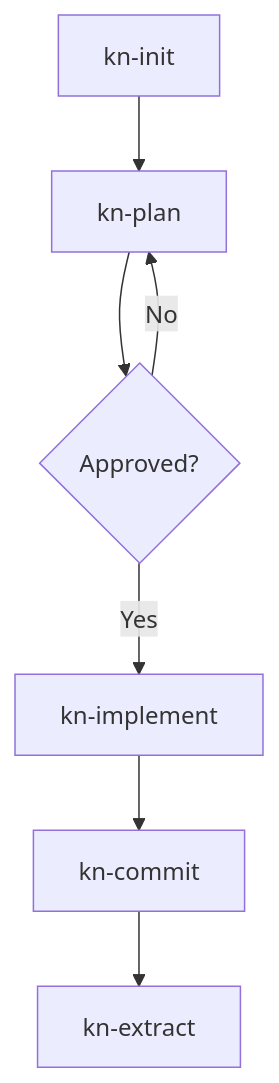
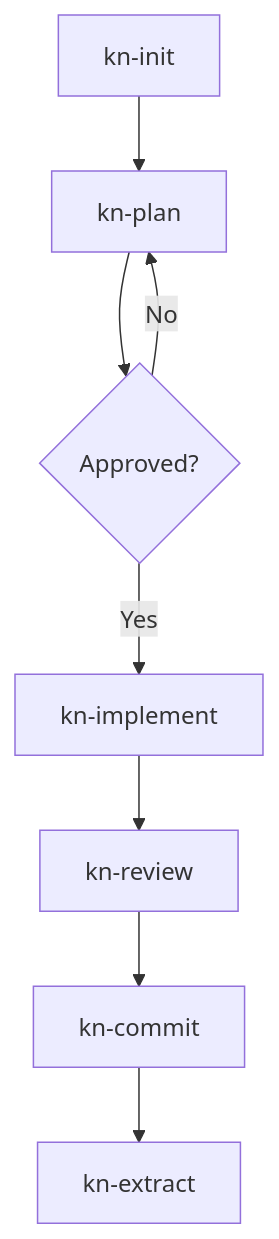
One commit to tqa24/knowns changed the first of 2 diagrams in .knowns/docs/guides/skills-guide.md. Above: the diagram before and after it, drawn with Mermaid. The commit also changed other lines of this file and 69 other files, not shown here.

````diff
--- a/.knowns/docs/guides/skills-guide.md
+++ b/.knowns/docs/guides/skills-guide.md
@@ -18,9 +27,10 @@
 ```mermaid
 graph TD
     A[kn-init] --> B[kn-plan]
     B --> C{Approved?}
     C -->|Yes| D[kn-implement]
     C -->|No| B
-    D --> E[kn-commit]
-    E --> F[kn-extract]
+    D --> E[kn-review]
+    E --> F[kn-commit]
+    F --> G[kn-extract]
 ```
````
